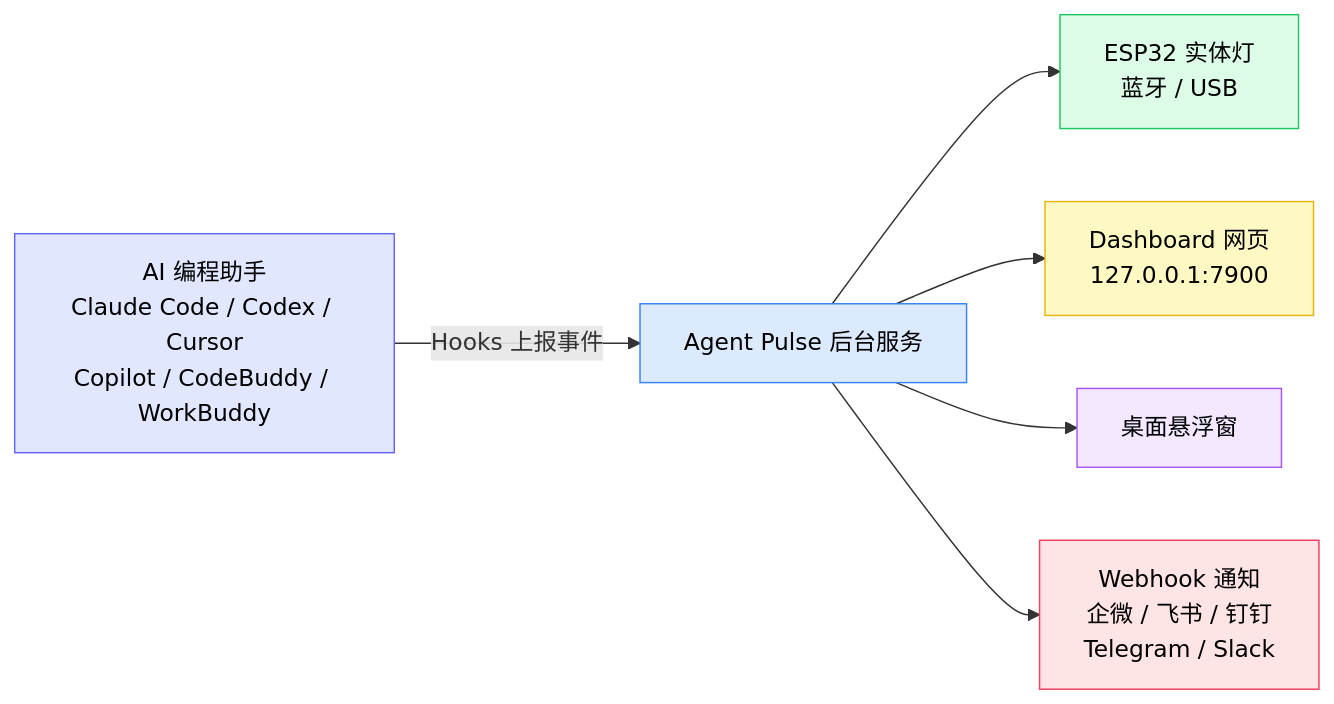
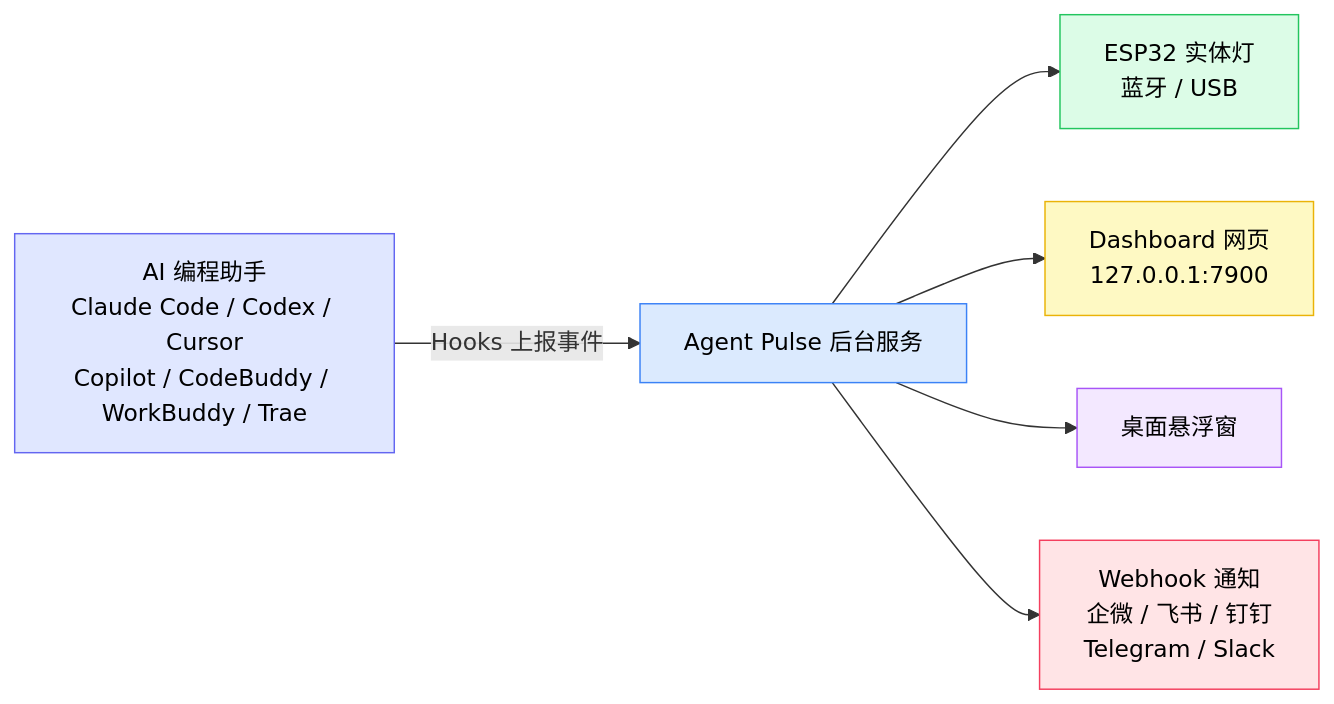
The first of 5 diagrams in README.zh-CN.md (lzty634158-oss/agent-pulse-release), drawn with Mermaid before and after one commit. The commit also changed other lines of this file, not shown here.

````diff
--- a/README.zh-CN.md
+++ b/README.zh-CN.md
@@ -15,15 +15,15 @@
 ```mermaid
 graph LR
-    A["AI 编程助手<br/>Claude Code / Codex / Cursor<br/>Copilot / CodeBuddy / WorkBuddy"] -->|"Hooks 上报事件"| B["Agent Pulse 后台服务"]
+    A["AI 编程助手<br/>Claude Code / Codex / Cursor<br/>Copilot / CodeBuddy / WorkBuddy / Trae"] -->|"Hooks 上报事件"| B["Agent Pulse 后台服务"]
     B --> C["ESP32 实体灯<br/>蓝牙 / USB"]
     B --> D["Dashboard 网页<br/>127.0.0.1:7900"]
     B --> E["桌面悬浮窗"]
     B --> F["Webhook 通知<br/>企微 / 飞书 / 钉钉<br/>Telegram / Slack"]
 
     style A fill:#e0e7ff,stroke:#6366f1,color:#000
     style B fill:#dbeafe,stroke:#3b82f6,color:#000
     style C fill:#dcfce7,stroke:#22c55e,color:#000
     style D fill:#fef9c3,stroke:#eab308,color:#000
     style E fill:#f3e8ff,stroke:#a855f7,color:#000
     style F fill:#ffe4e6,stroke:#f43f5e,color:#000
 ```
````
